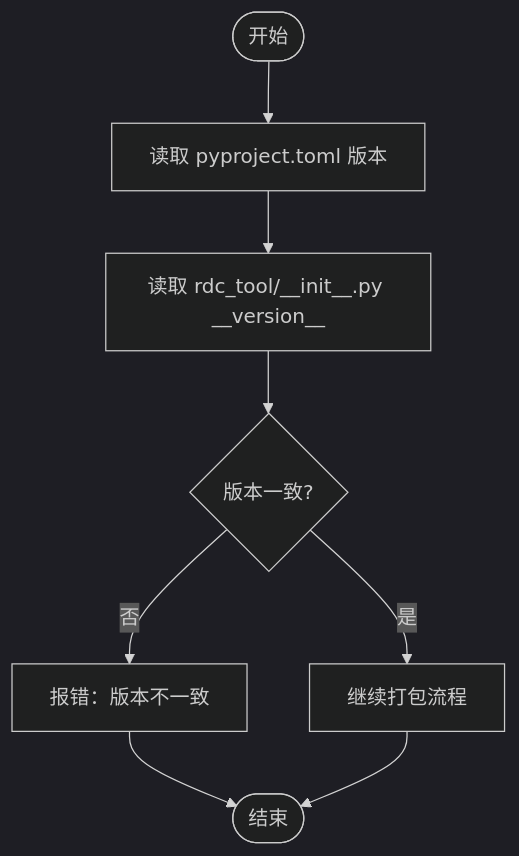
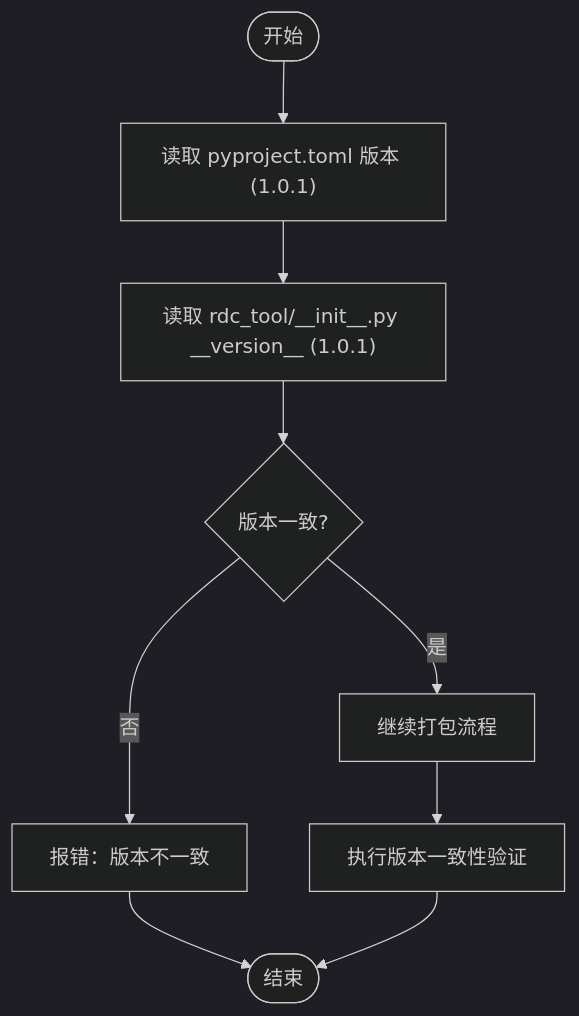
Before and after one commit to haolange/RDC-Tool: the third of 5 diagrams in .qoder/repowiki/zh/content/部署和发布/版本管理.md, drawn with Mermaid (dark theme). The commit also changed other lines of this file and 53 other files, not shown here.

````diff
--- a/.qoder/repowiki/zh/content/部署和发布/版本管理.md
+++ b/.qoder/repowiki/zh/content/部署和发布/版本管理.md
@@ -145,10 +145,11 @@
 ```mermaid
 flowchart TD
-Start(["开始"]) --> ReadPyproj["读取 pyproject.toml 版本"]
-ReadPyproj --> ReadInit["读取 rdc_tool/__init__.py __version__"]
+Start(["开始"]) --> ReadPyproj["读取 pyproject.toml 版本 (1.0.1)"]
+ReadPyproj --> ReadInit["读取 rdc_tool/__init__.py __version__ (1.0.1)"]
 ReadInit --> Compare{"版本一致?"}
 Compare --> |否| Fail["报错：版本不一致"]
 Compare --> |是| Continue["继续打包流程"]
 Fail --> End(["结束"])
-Continue --> End
+Continue --> Verify["执行版本一致性验证"]
+Verify --> End
 ```
````
